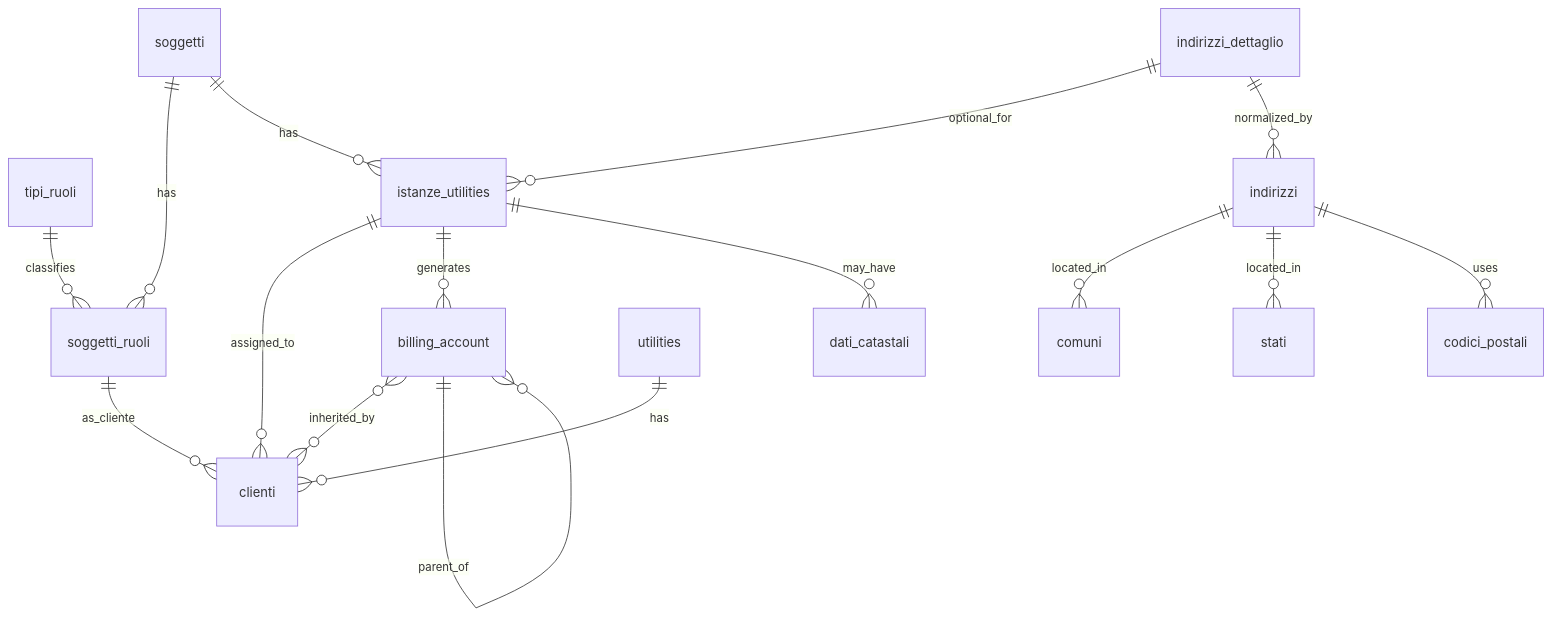
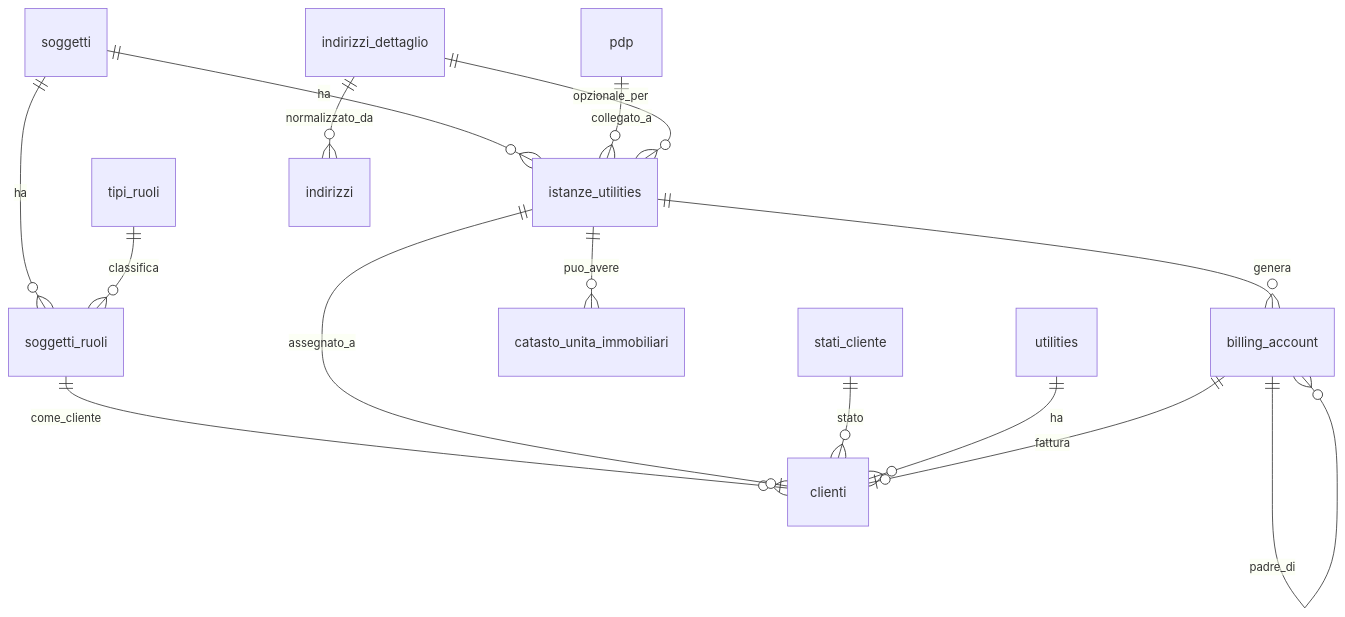
The diagram in docs/it/guide/generazione-cliente.md (Tito-it/ZeroErp), drawn with Mermaid before and after one commit. The commit also changed other lines of this file and 26 other files, not shown here.

`````diff
--- a/docs/it/guide/generazione-cliente.md
+++ b/docs/it/guide/generazione-cliente.md
@@ -152,28 +395,28 @@
 ````mermaid
 %%{init: {'er': {'layoutDirection': 'TB'}}}%%
 erDiagram
 
 %% Relazioni principali per la generazione di un cliente
 
-    soggetti               ||--o{ soggetti_ruoli            : has
-    tipi_ruoli             ||--o{ soggetti_ruoli            : classifies
+    soggetti               ||--o{ soggetti_ruoli            : ha
+    tipi_ruoli             ||--o{ soggetti_ruoli            : classifica
 
-    soggetti_ruoli         ||--o{ clienti                   : as_cliente
+    soggetti_ruoli         ||--o{ clienti                   : come_cliente
 
-    soggetti               ||--o{ istanze_utilities         : has
+    soggetti               ||--o{ istanze_utilities         : ha
 
-    istanze_utilities      ||--o{ clienti                   : assigned_to
-    istanze_utilities      ||--o{ billing_account           : generates
-    istanze_utilities      ||--o{ dati_catastali            : may_have
+    istanze_utilities      ||--o| clienti                   : assegnato_a
+    istanze_utilities      ||--o{ billing_account           : genera
+    istanze_utilities      ||--o{ catasto_unita_immobiliari : puo_avere
 
-    utilities              ||--o{ clienti                   : has
+    stati_cliente          ||--o{ clienti                   : stato
+    utilities              ||--o{ clienti                   : ha
 
-    billing_account        }o--o{ clienti                   : inherited_by
-    billing_account        ||--o{ billing_account           : parent_of
+    billing_account        ||--o| clienti                   : fattura
+    billing_account        ||--o{ billing_account           : padre_di
 
-    indirizzi              ||--o{ comuni                    : located_in
-    indirizzi              ||--o{ stati                     : located_in
-    indirizzi              ||--o{ codici_postali            : uses
-    indirizzi_dettaglio    ||--o{ istanze_utilities         : optional_for
-    indirizzi_dettaglio    ||--o{ indirizzi                 : normalized_by
+    pdp                    ||--o{ istanze_utilities         : collegato_a
+
+    indirizzi_dettaglio    ||--o{ istanze_utilities         : opzionale_per
+    indirizzi_dettaglio    ||--o{ indirizzi                 : normalizzato_da
 ````
`````
